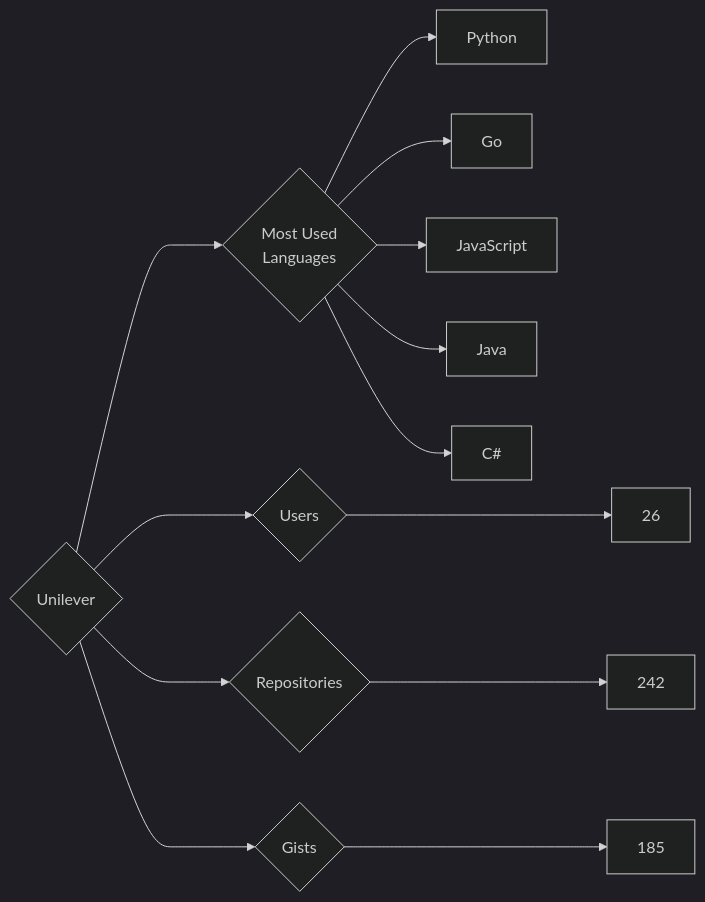
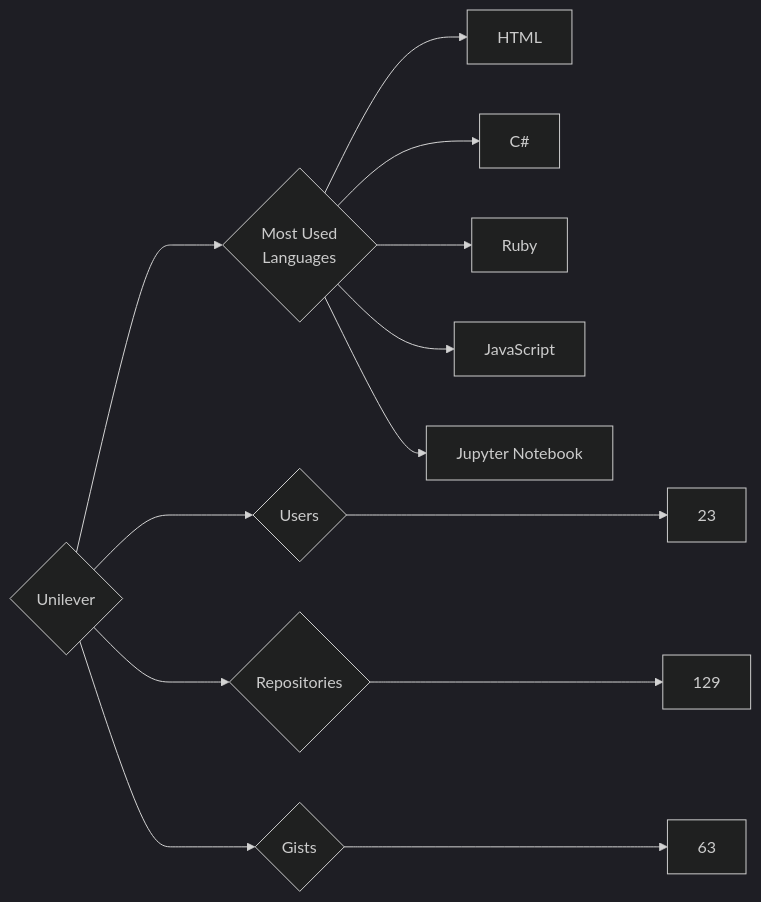
Before and after one commit to trickest/insiders: the diagram in targets/Unilever/README.md, drawn with Mermaid (dark theme). The commit also changed 995 other files, not shown here.

````diff
--- a/targets/Unilever/README.md
+++ b/targets/Unilever/README.md
@@ -3,13 +3,13 @@
 ```mermaid
 graph LR
 COMPANY_NAME{Unilever}
-COMPANY_NAME ---> U{Users} ---> UN[26]
-COMPANY_NAME ---> R{Repositories} ---> RN[242]
-COMPANY_NAME ---> G{Gists} ---> GN[185]
+COMPANY_NAME ---> U{Users} ---> UN[23]
+COMPANY_NAME ---> R{Repositories} ---> RN[129]
+COMPANY_NAME ---> G{Gists} ---> GN[63]
 COMPANY_NAME ---> ML{Most Used<br>Languages}
-ML --> Python[Python]
-ML --> Go[Go]
+ML --> HTML[HTML]
+ML --> C#[C#]
+ML --> Ruby[Ruby]
 ML --> JavaScript[JavaScript]
-ML --> Java[Java]
-ML --> C#[C#]
+ML --> Jupyter_Notebook[Jupyter Notebook]
 ```
````
